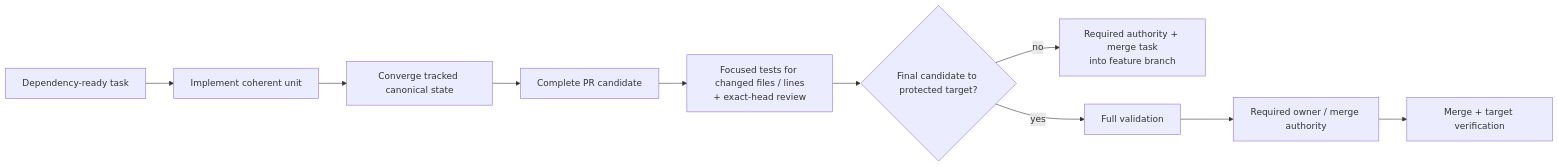
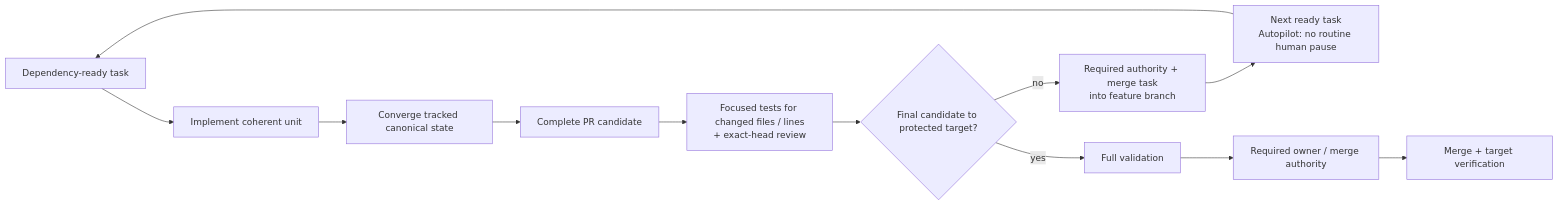
One commit to hhhhhusky777/spec-driven-delivery-playbook changed the eighth of 14 diagrams in README.md. Above: the diagram before and after it, drawn with Mermaid. The commit also changed other lines of this file and 9 other files, not shown here.

````diff
--- a/README.md
+++ b/README.md
@@ -380,12 +390,14 @@
 ```mermaid
 flowchart LR
     R["Dependency-ready task"] --> I["Implement coherent unit"]
     I --> C["Converge tracked canonical state"]
     C --> PR["Complete PR candidate"]
     PR --> A["Focused tests for changed files / lines<br/>+ exact-head review"]
     A --> G{"Final candidate to protected target?"}
     G -->|"no"| T["Required authority + merge task<br/>into feature branch"]
+    T --> N["Next ready task<br/>Autopilot: no routine human pause"]
+    N --> R
     G -->|"yes"| V["Full validation"]
     V --> H["Required owner / merge authority"]
     H --> M["Merge + target verification"]
 ```
````
